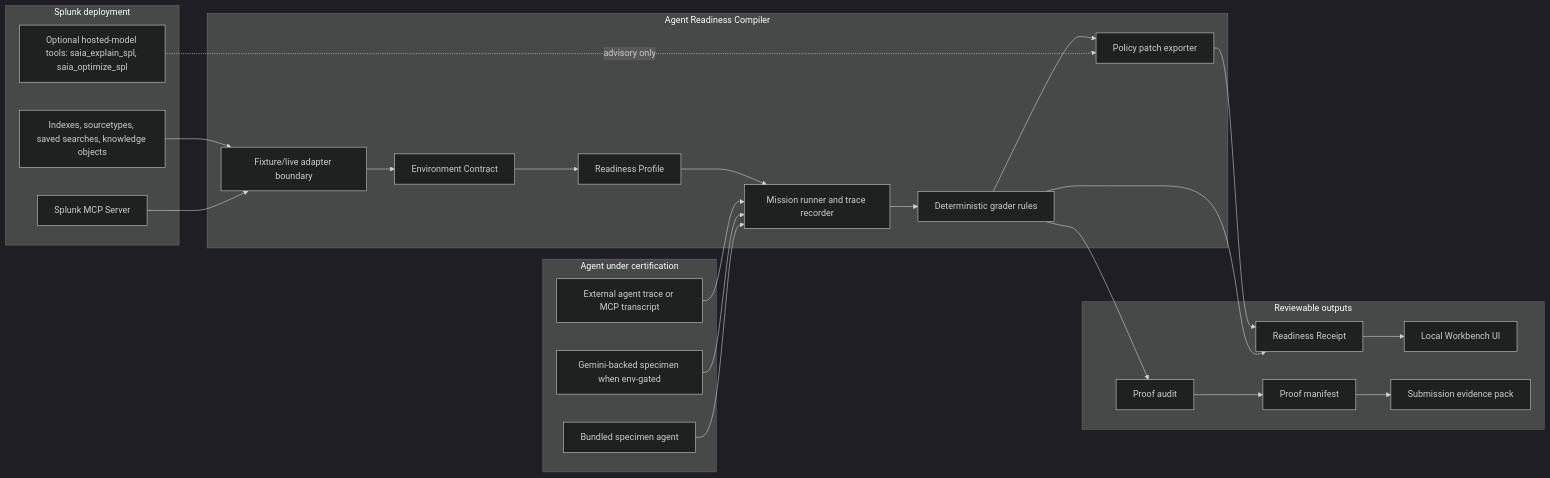
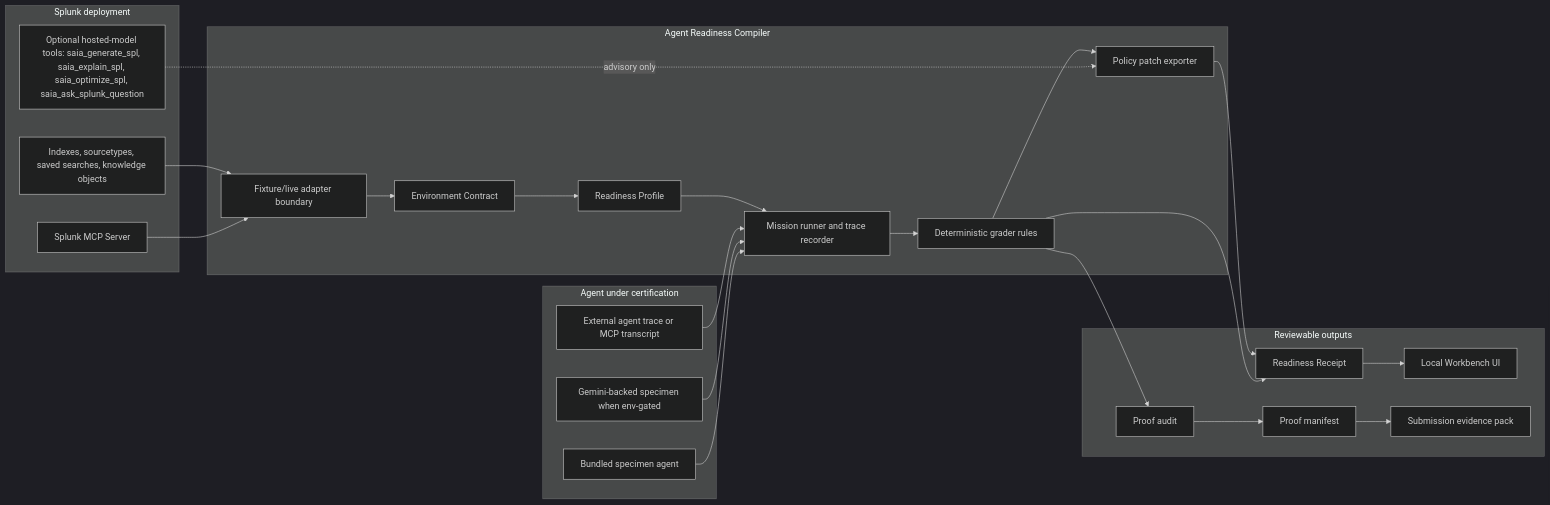
One commit to Arshgill01/SplunkReady changed the diagram in architecture_diagram.md. Above: the diagram before and after it, drawn with Mermaid (dark theme). The commit also changed 2 other files, not shown here.

Commit message:
Tighten demo and hosted model copy

````diff
--- a/architecture_diagram.md
+++ b/architecture_diagram.md
@@ -3,49 +3,49 @@
 ```mermaid
 flowchart LR
   subgraph Splunk["Splunk deployment"]
     S1["Splunk MCP Server"]
     S2["Indexes, sourcetypes, saved searches, knowledge objects"]
-    S3["Optional hosted-model tools: saia_explain_spl, saia_optimize_spl"]
+    S3["Optional hosted-model tools: saia_generate_spl, saia_explain_spl, saia_optimize_spl, saia_ask_splunk_question"]
   end
 
   subgraph Agent["Agent under certification"]
     A1["Bundled specimen agent"]
     A2["Gemini-backed specimen when env-gated"]
     A3["External agent trace or MCP transcript"]
   end
 
   subgraph Compiler["Agent Readiness Compiler"]
     C1["Fixture/live adapter boundary"]
     C2["Environment Contract"]
     C3["Readiness Profile"]
     C4["Mission runner and trace recorder"]
     C5["Deterministic grader rules"]
     C6["Policy patch exporter"]
   end
 
   subgraph Output["Reviewable outputs"]
     O1["Readiness Receipt"]
     O2["Proof audit"]
     O3["Proof manifest"]
     O4["Local Workbench UI"]
     O5["Submission evidence pack"]
   end
 
   S1 --> C1
   S2 --> C1
   S3 -. advisory only .-> C6
   A1 --> C4
   A2 --> C4
   A3 --> C4
   C1 --> C2
   C2 --> C3
   C3 --> C4
   C4 --> C5
   C5 --> O1
   C5 --> C6
   C5 --> O2
   O1 --> O4
   O2 --> O3
   O3 --> O5
   C6 --> O1
 ```
````
